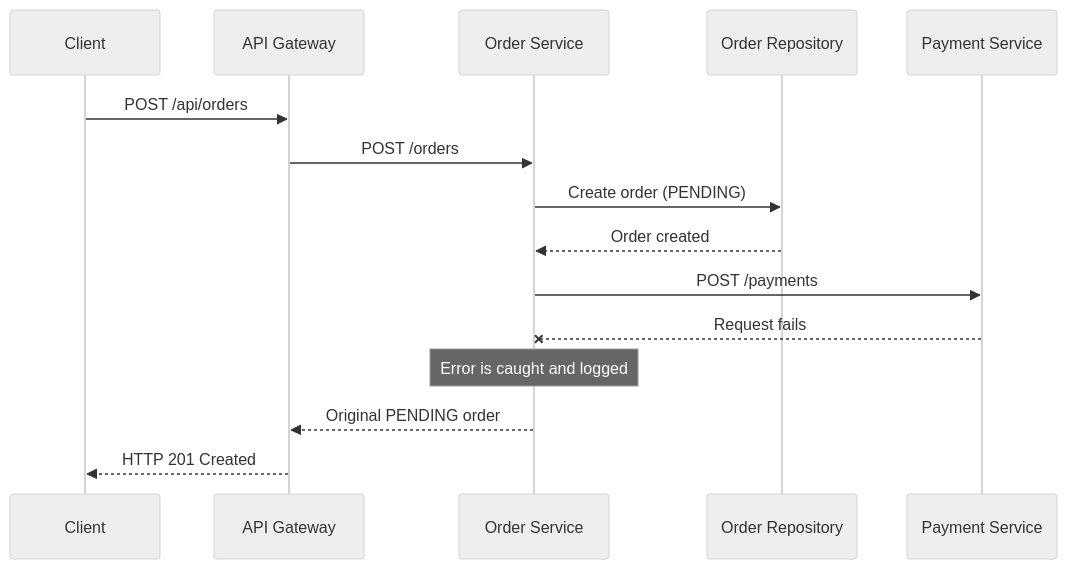
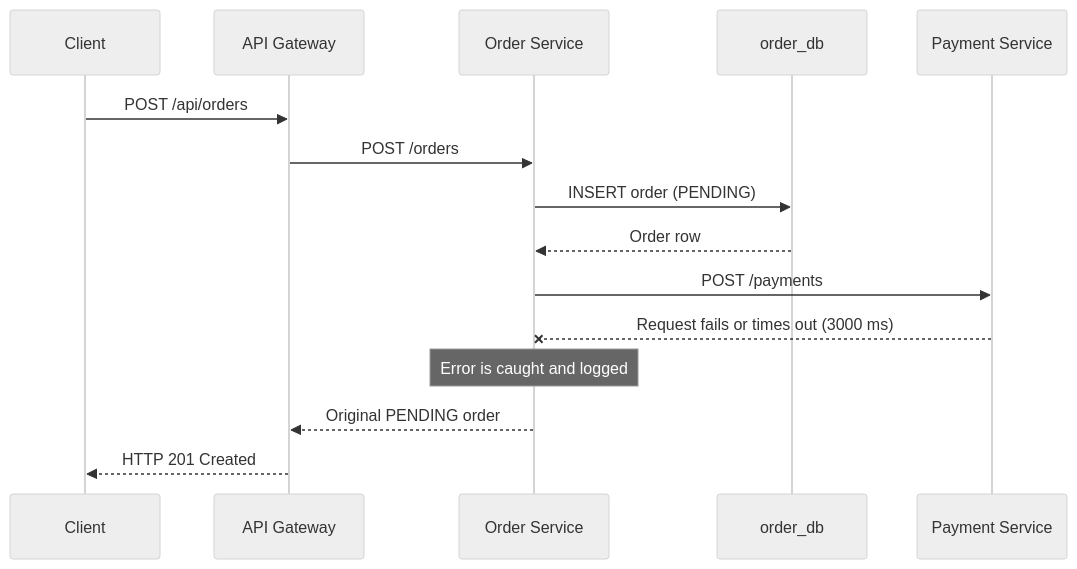
One commit to aliaagamall/pulsetrace changed the fourth of 6 diagrams in docs/architecture/request-flow.md. Above: the diagram before and after it, drawn with Mermaid (neutral theme). The commit also changed other lines of this file and 10 other files, not shown here.

````diff
--- a/docs/architecture/request-flow.md
+++ b/docs/architecture/request-flow.md
@@ -90,20 +105,20 @@
 ```mermaid
 sequenceDiagram
     participant C as Client
     participant G as API Gateway
     participant O as Order Service
-    participant OR as Order Repository
+    participant ODB as order_db
     participant P as Payment Service
 
     C->>G: POST /api/orders
     G->>O: POST /orders
-    O->>OR: Create order (PENDING)
-    OR-->>O: Order created
+    O->>ODB: INSERT order (PENDING)
+    ODB-->>O: Order row
 
     O->>P: POST /payments
-    P--xO: Request fails
+    P--xO: Request fails or times out (3000 ms)
 
     Note over O: Error is caught and logged
     O-->>G: Original PENDING order
     G-->>C: HTTP 201 Created
 ```
````
